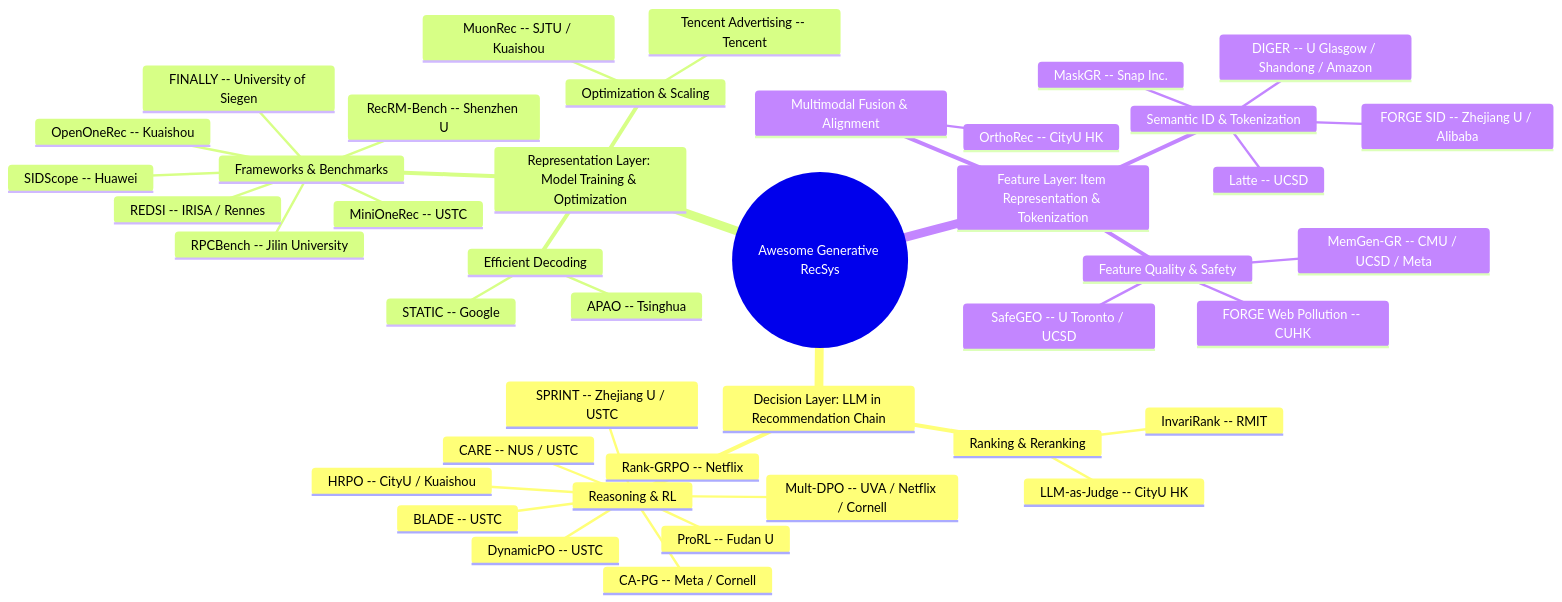
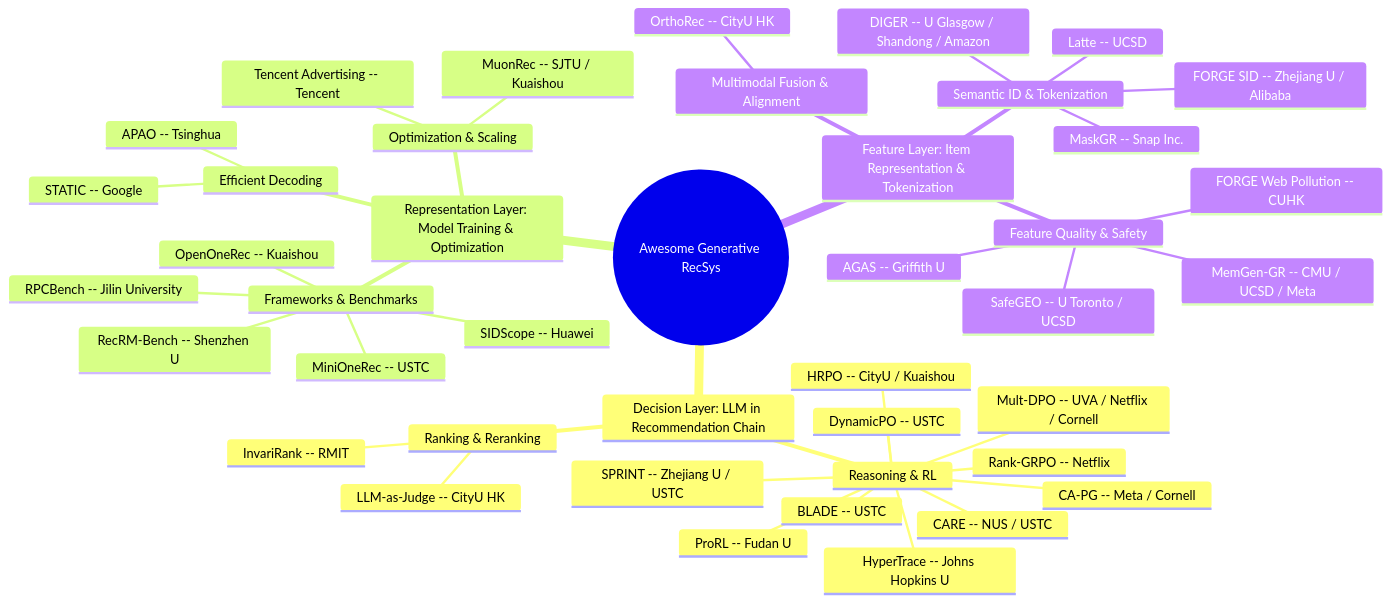
The diagram in README.md (HaFred/awesome-generative-recsys), drawn with Mermaid before and after one commit. The commit also changed other lines of this file and 3 other files, not shown here.

````diff
--- a/README.md
+++ b/README.md
@@ -30,45 +30,45 @@
 ```mermaid
 mindmap
   root((Awesome Generative RecSys))
     Decision Layer: LLM in Recommendation Chain
       Reasoning & RL
         Rank-GRPO -- Netflix
         DynamicPO -- USTC
         BLADE -- USTC
         SPRINT -- Zhejiang U / USTC
         CARE -- NUS / USTC
         HRPO -- CityU / Kuaishou
         Mult-DPO -- UVA / Netflix / Cornell
         CA-PG -- Meta / Cornell
         ProRL -- Fudan U
+        HyperTrace -- Johns Hopkins U
       Ranking & Reranking
         InvariRank -- RMIT
         LLM-as-Judge -- CityU HK
     Representation Layer: Model Training & Optimization
       Frameworks & Benchmarks
         MiniOneRec -- USTC
         OpenOneRec -- Kuaishou
         RecRM-Bench -- Shenzhen U
         SIDScope -- Huawei
         RPCBench -- Jilin University
-        REDSI -- IRISA / Rennes
-        FINALLY -- University of Siegen
       Efficient Decoding
         STATIC -- Google
         APAO -- Tsinghua
       Optimization & Scaling
         MuonRec -- SJTU / Kuaishou
         Tencent Advertising -- Tencent
     Feature Layer: Item Representation & Tokenization
       Semantic ID & Tokenization
         Latte -- UCSD
         FORGE SID -- Zhejiang U / Alibaba
         DIGER -- U Glasgow / Shandong / Amazon
         MaskGR -- Snap Inc.
       Multimodal Fusion & Alignment
         OrthoRec -- CityU HK
       Feature Quality & Safety
         SafeGEO -- U Toronto / UCSD
         MemGen-GR -- CMU / UCSD / Meta
         FORGE Web Pollution -- CUHK
+        AGAS -- Griffith U
 ```
````
